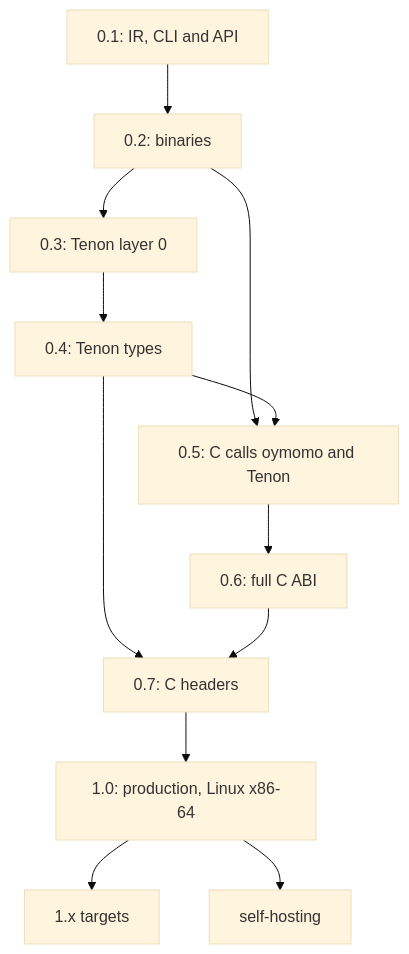
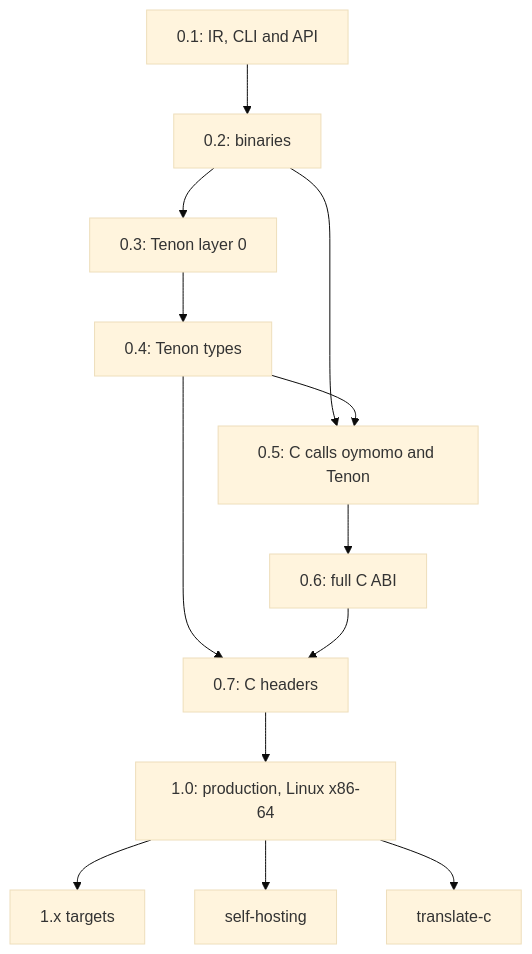
Before and after one commit to tapl-org/tapl: the second of 2 diagrams in oymo/docs/roadmap.md, drawn with Mermaid (base theme). The commit also changed other lines of this file and 3 other files, not shown here.

Commit message:
docs: update plans and roadmap with release milestones and phase details

````diff
--- a/oymo/docs/roadmap.md
+++ b/oymo/docs/roadmap.md
@@ -376,14 +393,15 @@
 ```mermaid
 flowchart TD
   v01["0.1: IR, CLI and API"] --> v02["0.2: binaries"]
   v02 --> v03["0.3: Tenon layer 0"]
   v03 --> v04["0.4: Tenon types"]
   v02 --> v05["0.5: C calls oymomo and Tenon"]
   v04 --> v05
   v05 --> v06["0.6: full C ABI"]
   v04 --> v07["0.7: C headers"]
   v06 --> v07
   v07 --> v10["1.0: production, Linux x86-64"]
   v10 --> X["1.x targets"]
   v10 --> S["self-hosting"]
+  v10 --> T["translate-c"]
 ```
````
